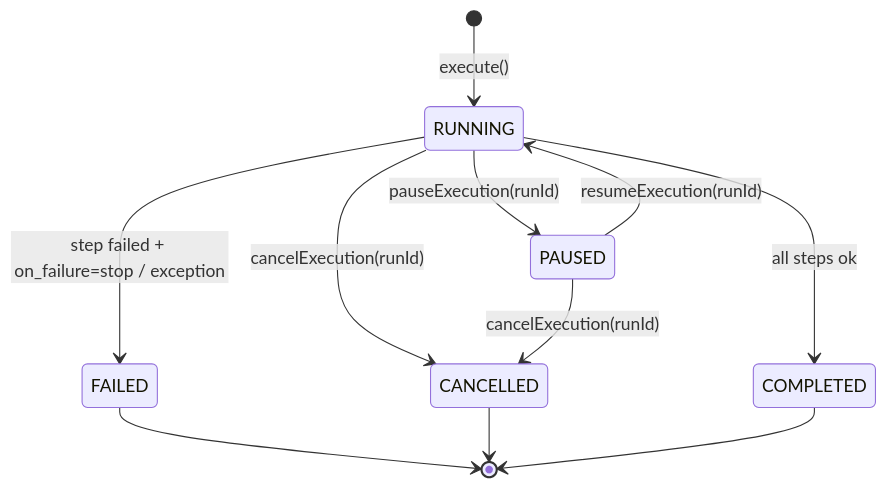
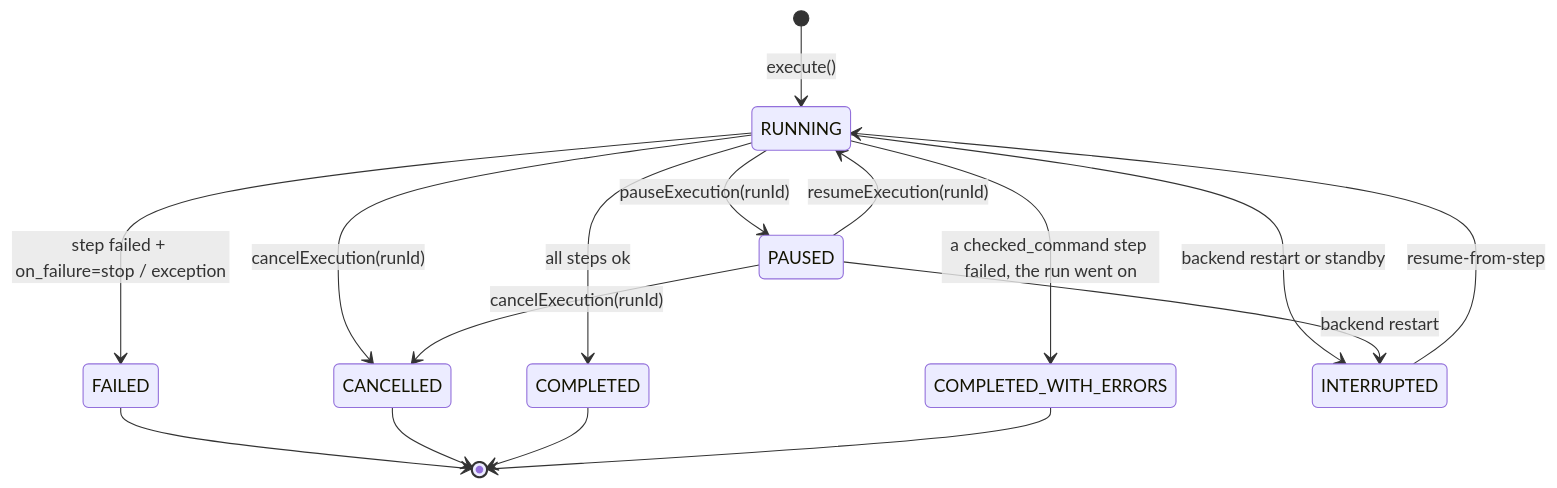
The first of 4 diagrams in docs/en/workflow-control-diagrams.md (FLSEST/MySuricates), drawn with Mermaid before and after one commit. The commit also changed other lines of this file and 4 other files, not shown here.

First line of the commit message:
docs(diagramme): Control page knows all run statuses and the real approval path

````diff
--- a/docs/en/workflow-control-diagrams.md
+++ b/docs/en/workflow-control-diagrams.md
@@ -9,13 +11,18 @@
 ```mermaid
 stateDiagram-v2
     [*] --> RUNNING : execute()
     RUNNING --> PAUSED : pauseExecution(runId)
     PAUSED --> RUNNING : resumeExecution(runId)
     RUNNING --> FAILED : step failed + on_failure=stop / exception
     RUNNING --> CANCELLED : cancelExecution(runId)
     RUNNING --> COMPLETED : all steps ok
+    RUNNING --> COMPLETED_WITH_ERRORS : a checked_command step failed, the run went on
     PAUSED --> CANCELLED : cancelExecution(runId)
+    RUNNING --> INTERRUPTED : backend restart or standby
+    PAUSED --> INTERRUPTED : backend restart
+    INTERRUPTED --> RUNNING : resume-from-step
     FAILED --> [*]
     CANCELLED --> [*]
     COMPLETED --> [*]
+    COMPLETED_WITH_ERRORS --> [*]
 ```
````
